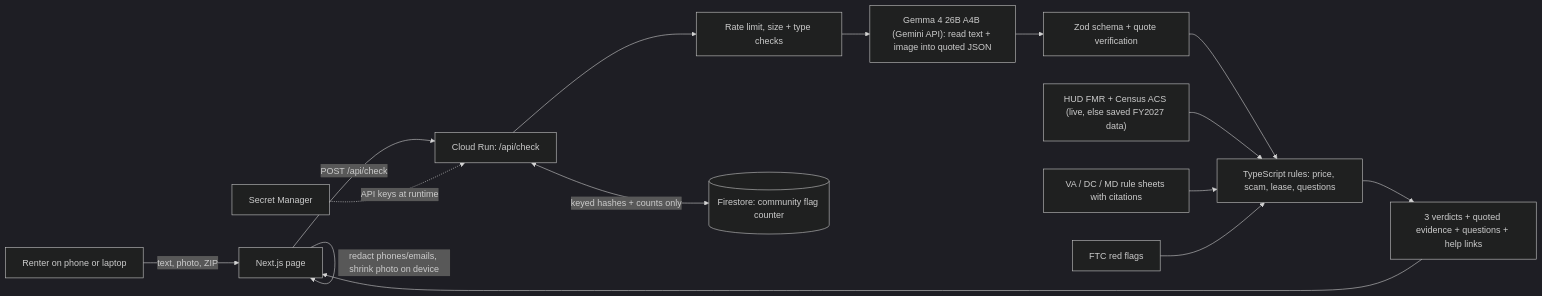
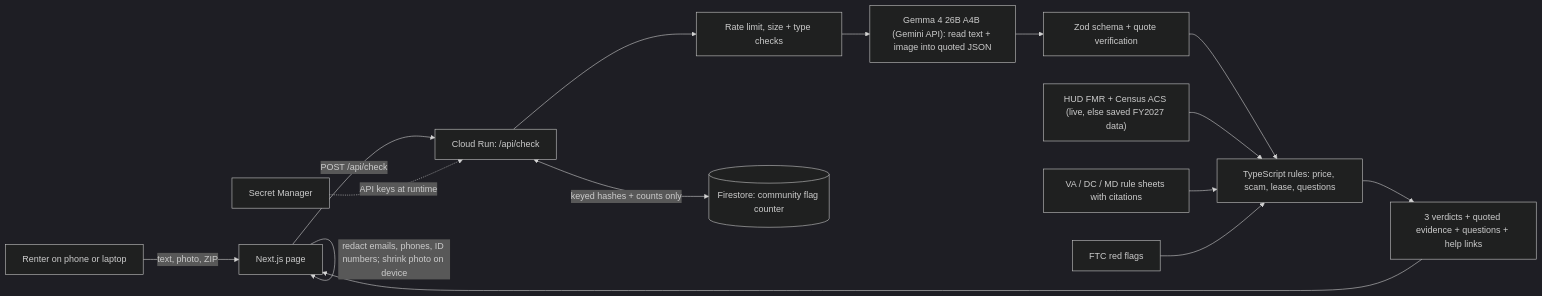
The diagram in README.md (AshwinNimmala-21/gdg-team_error-404), drawn with Mermaid (dark theme) before and after one commit. The commit also changed other lines of this file and 7 other files, not shown here.

Commit message:
docs: real interview results, architecture diagram, consistency pass

````diff
--- a/README.md
+++ b/README.md
@@ -104,17 +119,17 @@
 ```mermaid
 flowchart LR
   U["Renter on phone or laptop"] -->|"text, photo, ZIP"| UI["Next.js page"]
-  UI -->|"redact phones/emails, shrink photo on device"| UI
+  UI -->|"redact emails, phones, ID numbers; shrink photo on device"| UI
   UI -->|"POST /api/check"| API["Cloud Run: /api/check"]
   API --> G1["Rate limit, size + type checks"]
   G1 --> AI["Gemma 4 26B A4B (Gemini API): read text + image into quoted JSON"]
   AI --> V["Zod schema + quote verification"]
   V --> R["TypeScript rules: price, scam, lease, questions"]
   D["HUD FMR + Census ACS (live, else saved FY2027 data)"] --> R
   J["VA / DC / MD rule sheets with citations"] --> R
   F["FTC red flags"] --> R
   R --> RES["3 verdicts + quoted evidence + questions + help links"]
   RES --> UI
   API <-->|"keyed hashes + counts only"| FS[("Firestore: community flag counter")]
   SM["Secret Manager"] -.->|"API keys at runtime"| API
 ```
````
